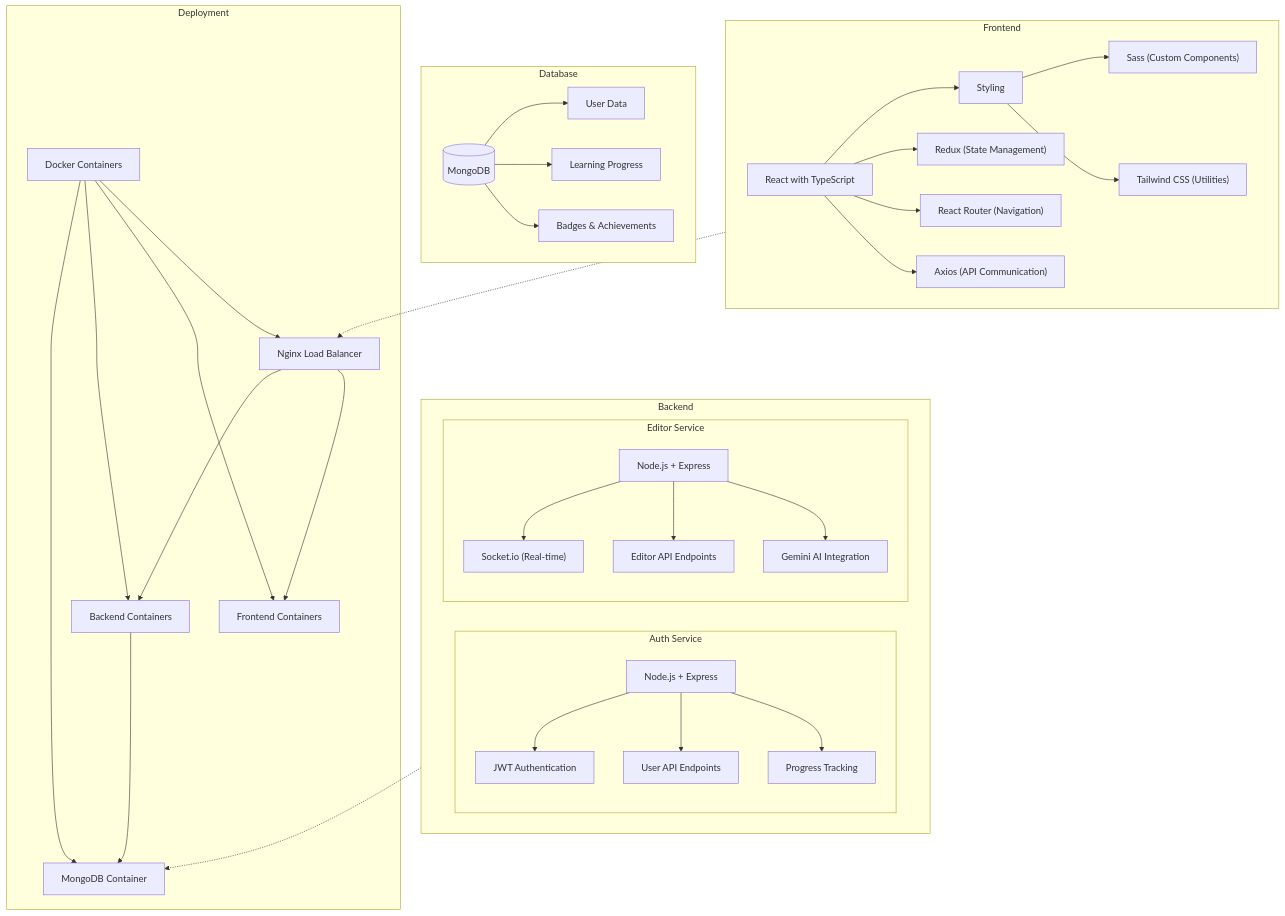
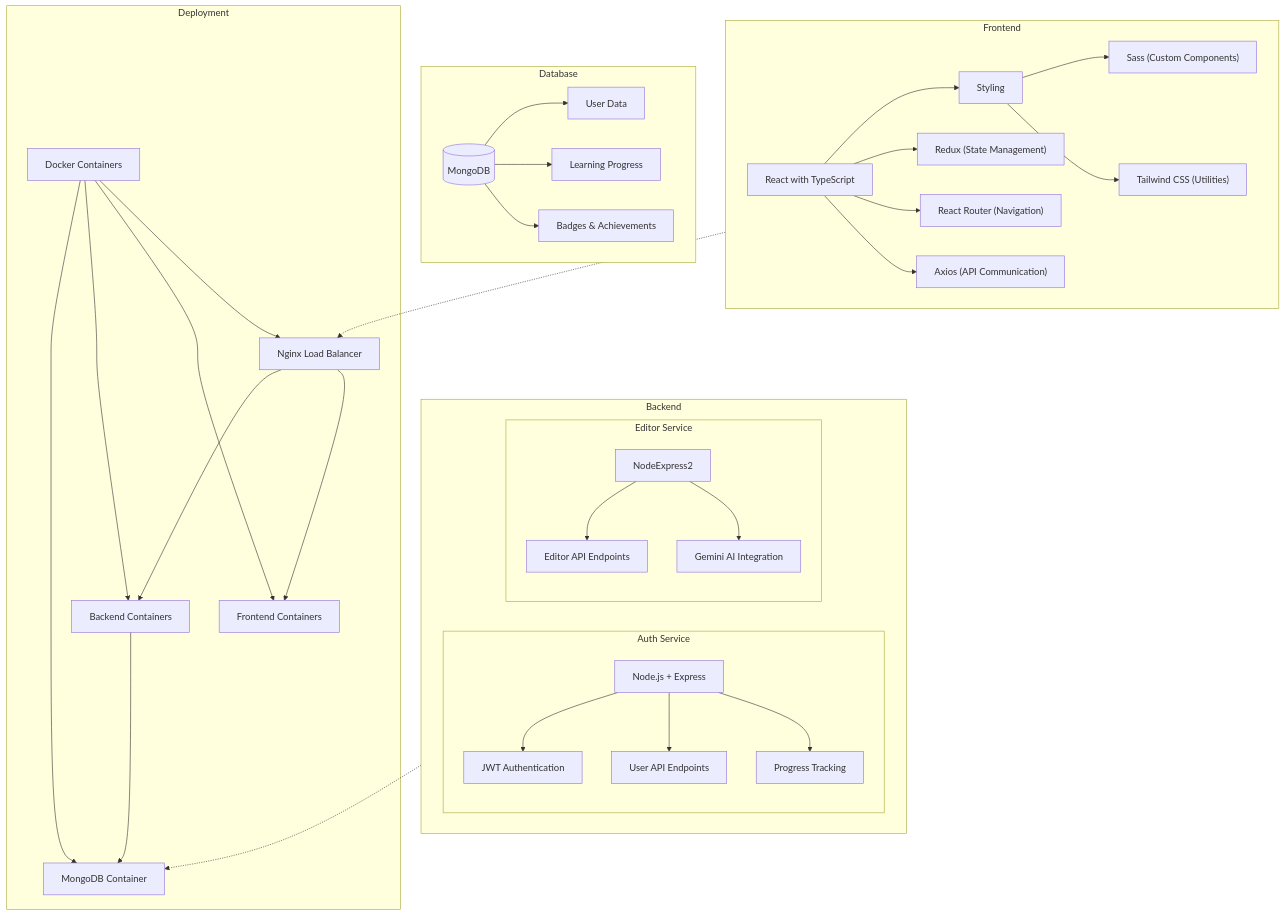
The diagram in .github/README.md (tejasva-087/wikiLearn), drawn with Mermaid before and after one commit.

````diff
--- a/.github/README.md
+++ b/.github/README.md
@@ -41,45 +41,44 @@
 ```mermaid
 graph TD
     subgraph "Frontend"
         React["React with TypeScript"] --> Styling
         Styling --> Sass["Sass (Custom Components)"]
         Styling --> Tailwind["Tailwind CSS (Utilities)"]
         React --> Redux["Redux (State Management)"]
         React --> Router["React Router (Navigation)"]
         React --> Axios["Axios (API Communication)"]
     end
 
     subgraph "Backend"
         subgraph "Auth Service"
             NodeExpress1["Node.js + Express"] --> JWT["JWT Authentication"]
             NodeExpress1 --> UserAPI["User API Endpoints"]
             NodeExpress1 --> ProgressAPI["Progress Tracking"]
         end
         
         subgraph "Editor Service"
-            NodeExpress2["Node.js + Express"] --> SocketIO["Socket.io (Real-time)"]
             NodeExpress2 --> EditorAPI["Editor API Endpoints"]
             NodeExpress2 --> GeminiAPI["Gemini AI Integration"]
         end
     end
 
     subgraph "Database"
         MongoDB[(MongoDB)] --> UserData["User Data"]
         MongoDB --> ProgressData["Learning Progress"]
         MongoDB --> BadgesData["Badges & Achievements"]
     end
 
     subgraph "Deployment"
         Docker["Docker Containers"] --> NginxLB["Nginx Load Balancer"]
         Docker --> FrontendContainers["Frontend Containers"]
         Docker --> BackendContainers["Backend Containers"]
         Docker --> DBContainer["MongoDB Container"]
         
         NginxLB --> FrontendContainers
         NginxLB --> BackendContainers
         BackendContainers --> DBContainer
     end
 
     Frontend -.-> NginxLB
     Backend -.-> DBContainer
 ```
````
